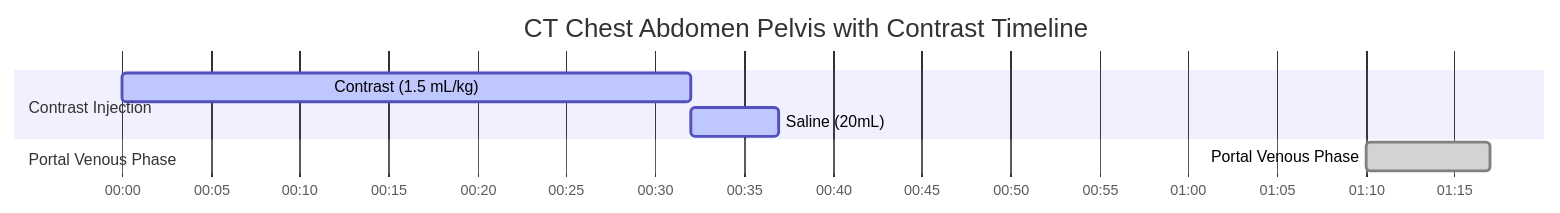
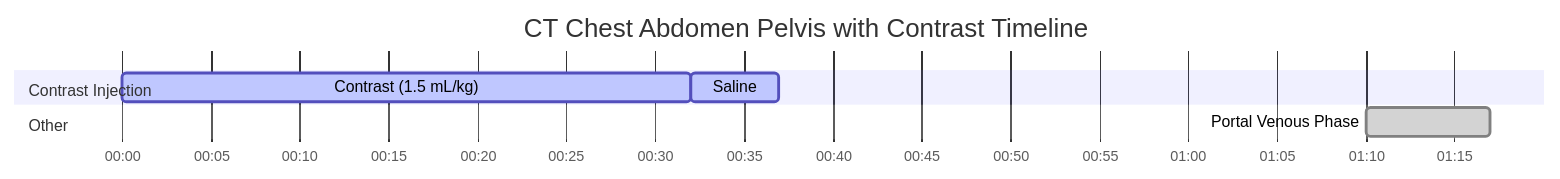
Before and after one commit to dfergs93/radiology-protocols: the diagram in docs/ct/abdomen/ct-chest-abdomen-pelvis-with-contrast.md, drawn with Mermaid. The commit also changed other lines of this file and 101 other files, not shown here.

````diff
--- a/docs/ct/abdomen/ct-chest-abdomen-pelvis-with-contrast.md
+++ b/docs/ct/abdomen/ct-chest-abdomen-pelvis-with-contrast.md
@@ -82,16 +83,18 @@
   ```mermaid
   ---
+  displayMode: compact
   config:
     theme: default
+    themeCSS: " #Saline{ fill: #4ed5ff; stroke: #2094f3; } "
   ---
     gantt
       title CT Chest Abdomen Pelvis with Contrast Timeline
       dateFormat mm:ss
       axisFormat %M:%S 
       
       section Contrast Injection
       Contrast (1.5 mL/kg)    :active, contrast, 00:00, 32s
-      Saline (20mL)          :active, saline, after contrast, 5s
-      section Portal Venous Phase
+      Saline          :active, saline, after contrast, 5s
+      section Other
       Portal Venous Phase    :done, scan1, 01:10, 7s
   ```
````
